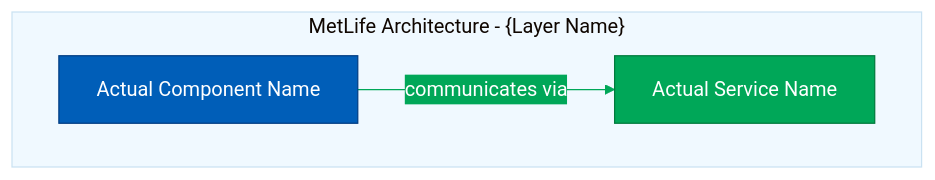
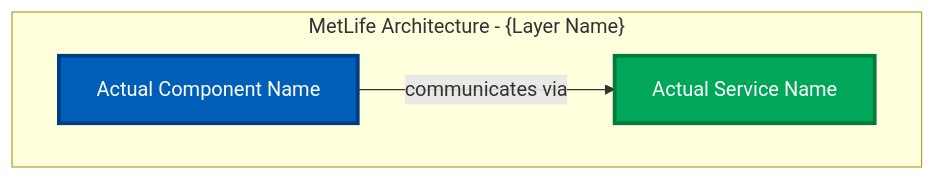
The third of 7 diagrams in .github/agents/document_metlife_format_project.agent.md (andresveraf/Prompts_collection), drawn with Mermaid before and after one commit. The commit also changed other lines of this file and 12 other files, not shown here.

````diff
--- a/.github/agents/document_metlife_format_project.agent.md
+++ b/.github/agents/document_metlife_format_project.agent.md
@@ -267,14 +386,14 @@
 ```mermaid
-%%{init: {'theme':'base', 'themeVariables': { 'primaryColor':'#005EB8','primaryTextColor':'#fff','primaryBorderColor':'#003d82','lineColor':'#00A758','secondaryColor':'#00A758','tertiaryColor':'#f0f9ff'}}}%%
 graph TB
     %% Use actual component names from the project
+    %% NO %%{init:...}%% directive - use global mermaid.initialize() instead
     subgraph "MetLife Architecture - {Layer Name}"
         ActualComponent[Actual Component Name]
         ActualService[Actual Service Name]
     end
     
     ActualComponent -->|communicates via| ActualService
     
-    style ActualComponent fill:#005EB8,stroke:#003d82,color:#fff
-    style ActualService fill:#00A758,stroke:#007a3d,color:#fff
+    style ActualComponent fill:#005EB8,stroke:#003d82,stroke-width:3px,color:#ffffff
+    style ActualService fill:#00A758,stroke:#007a3d,stroke-width:3px,color:#ffffff
 ```
````
